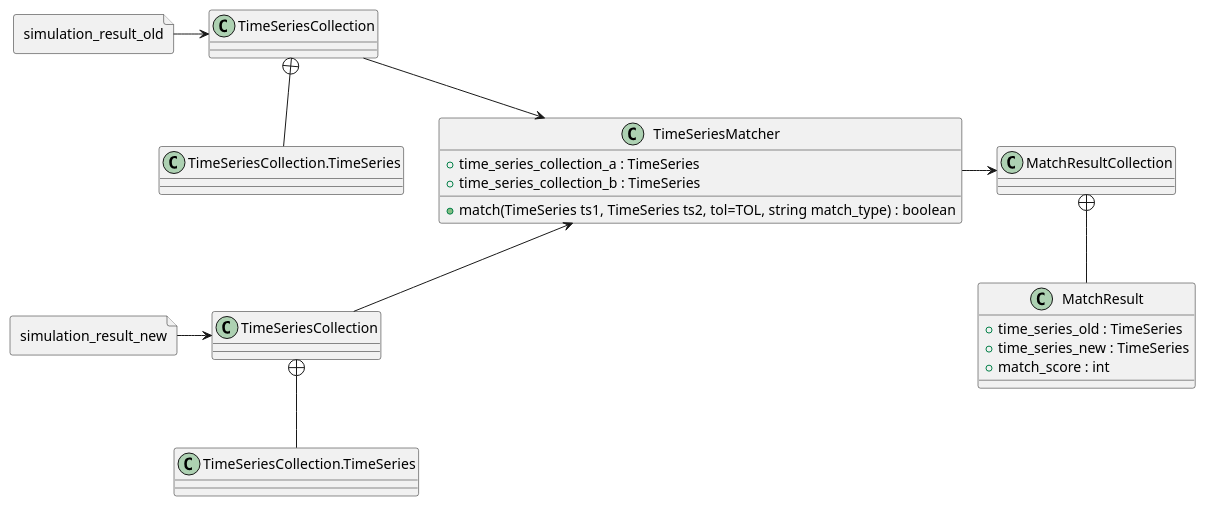
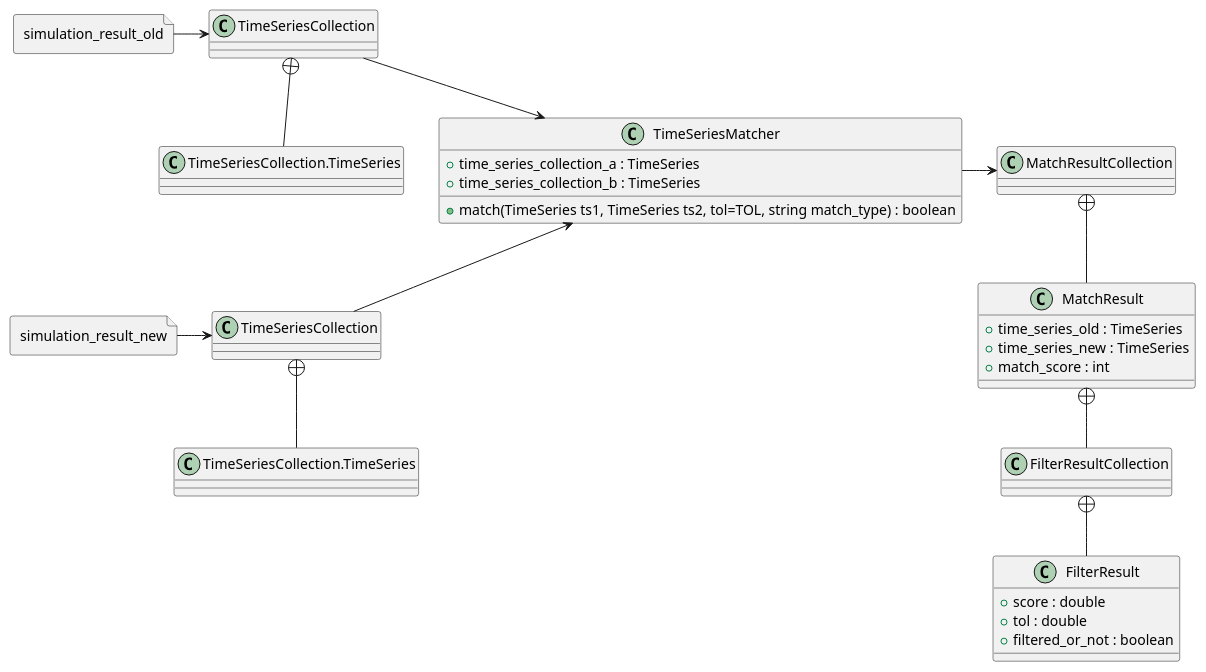
The diagram in Design/component_diagram.plantuml (sys-bio/SBviper), drawn with PlantUML before and after one commit. The commit also changed 2 other files, not shown here.

```diff
--- a/Design/component_diagram.plantuml
+++ b/Design/component_diagram.plantuml
@@ -1,76 +1,90 @@
 @startuml
 allow_mixing
 
 'old simulation
 file simulation_result_old
 class "TimeSeriesCollection" as tsc1 {
 }
 class "TimeSeriesCollection.TimeSeries" as ts1 {
 }
 simulation_result_old -right-> tsc1
 tsc1 +-- ts1
 
 'matcher
 class TimeSeriesMatcher {
     +time_series_collection_a : TimeSeries
     +time_series_collection_b : TimeSeries
     +match(TimeSeries ts1, TimeSeries ts2, tol=TOL, string match_type) : boolean
 }
 class MatchResultCollection {
 }
 class MatchResult {
     +time_series_old : TimeSeries
     +time_series_new : TimeSeries
     +match_score : int
 }
 MatchResultCollection +-- MatchResult
+
+class FilterResultCollection {
+
+}
+
+MatchResult +-- FilterResultCollection
+
+class FilterResult {
+    +score : double
+    +tol : double
+    +filtered_or_not : boolean
+}
+
+FilterResultCollection +-- FilterResult
 
 'new simulation
 file simulation_result_new
 class "TimeSeriesCollection" as tsc2 {
 }
 class "TimeSeriesCollection.TimeSeries" as ts2 {
 }
 simulation_result_new -right-> tsc2
 tsc2 +-- ts2
 
 'formating
 simulation_result_old -[hidden]down- simulation_result_new
 tsc2 -[hidden]up- ts1
 ts1 -[hidden]right- TimeSeriesMatcher
 tsc1 -right-> TimeSeriesMatcher
 tsc2 -up-> TimeSeriesMatcher
 TimeSeriesMatcher -right-> MatchResultCollection
 
 
 'simulation_result_old -right-> v1
 'v1 -right-> c1
 '
 ''file simulation_result_revised
 ''cloud viper_constructors as v2
 ''file TimeSeriesCollection as c2 {
 ''    file TimeSeries as t2
 ''}
 ''simulation_result_revised -right-> v2
 ''v2 -right-> c2
 '
 'simulation_result_old -[hidden]down- simulation_result_revised
 'v1 -[hidden]down- v2
 'c1 -[hidden]down- c2
 
 'file unmatched as d1 {
 '    file TimeSeriesCollection
 '    file Plot
 '}
 '
 'cloud time_series_matching as tsm {
 '    cloud cc1 as "Exact match (scale dependent)"
 '    cloud cc2 as "Exact match (scale independent)"
 '    cloud cc3 as "Pattern match"
 '    cloud cc4 as "Category match"
 '}
 '
 'c1 -right-> tsm
 'c2 -right-> tsm
 'tsm -down-> d1
 @enduml
```
